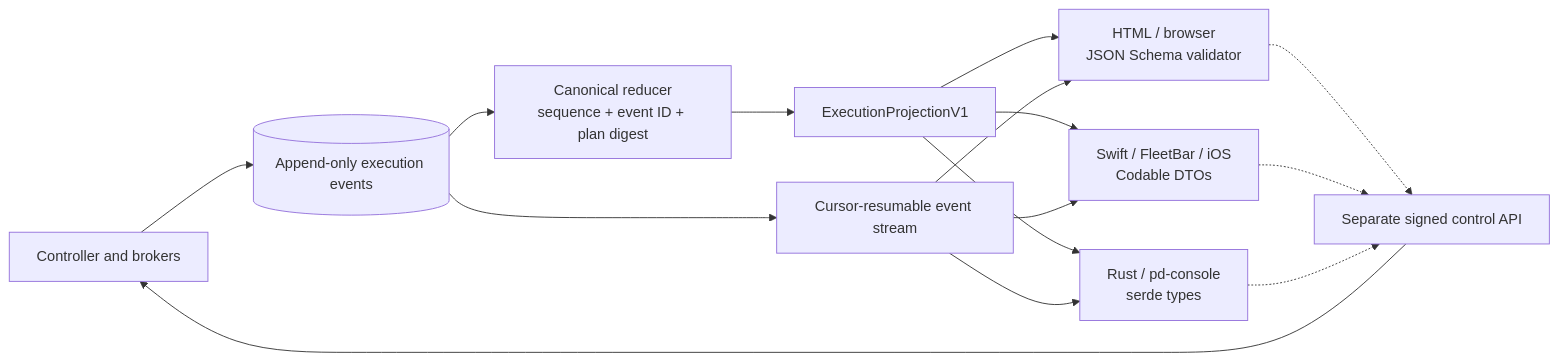
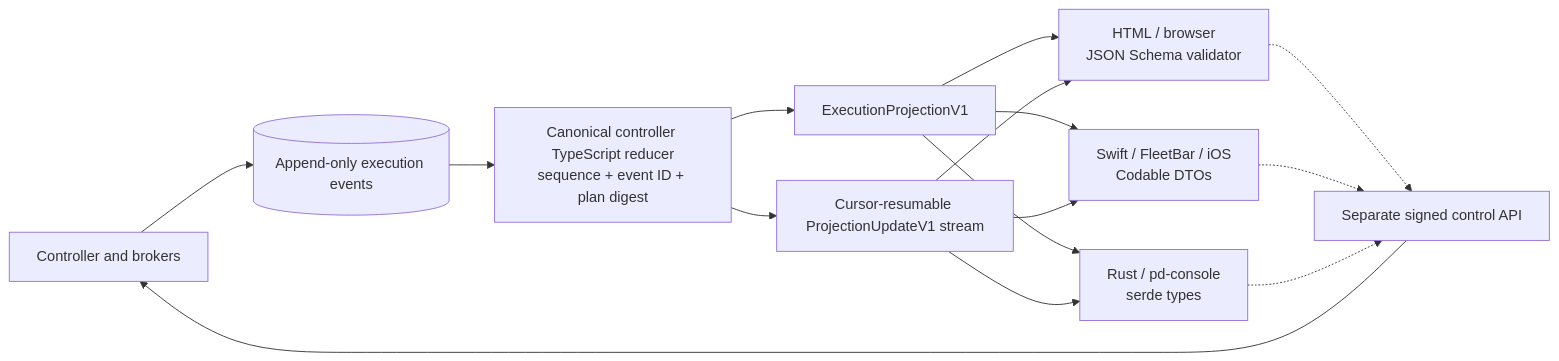
One commit to curiositech/port-daddy changed the third of 4 diagrams in skills/drydock-program-architecture/references/hypertree-execution-observatory.md. Above: the diagram before and after it, drawn with Mermaid. The commit also changed other lines of this file and 23 other files, not shown here.

````diff
--- a/skills/drydock-program-architecture/references/hypertree-execution-observatory.md
+++ b/skills/drydock-program-architecture/references/hypertree-execution-observatory.md
@@ -269,25 +340,25 @@
 ```mermaid
 flowchart LR
     Controller["Controller and brokers"]
     Log[("Append-only execution events")]
-    Reducer["Canonical reducer\nsequence + event ID + plan digest"]
+    Reducer["Canonical controller TypeScript reducer\nsequence + event ID + plan digest"]
     Snapshot["ExecutionProjectionV1"]
-    Stream["Cursor-resumable event stream"]
+    Stream["Cursor-resumable ProjectionUpdateV1 stream"]
     Web["HTML / browser\nJSON Schema validator"]
     Apple["Swift / FleetBar / iOS\nCodable DTOs"]
     Console["Rust / pd-console\nserde types"]
     Commands["Separate signed control API"]
 
     Controller --> Log --> Reducer --> Snapshot
-    Log --> Stream
+    Reducer --> Stream
     Snapshot --> Web
     Snapshot --> Apple
     Snapshot --> Console
     Stream --> Web
     Stream --> Apple
     Stream --> Console
     Web -.-> Commands
     Apple -.-> Commands
     Console -.-> Commands
     Commands --> Controller
 ```
````
